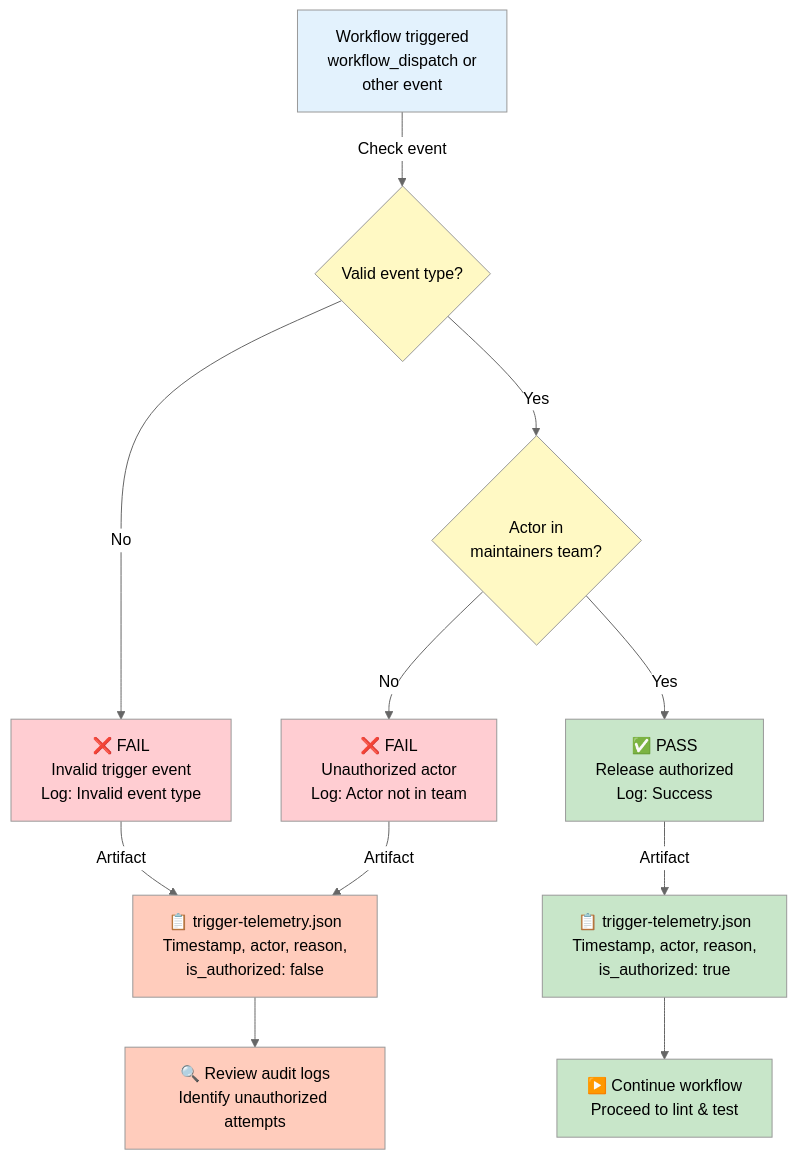
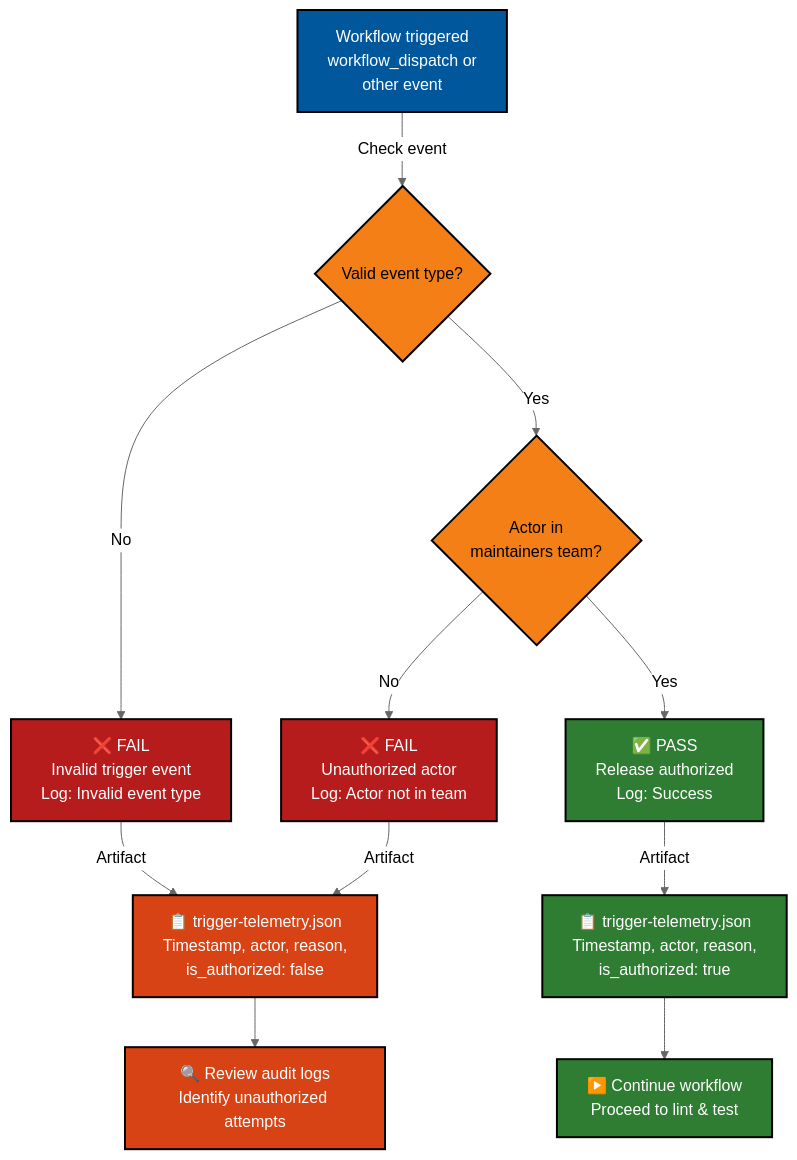
The second of 4 diagrams in docs/RELEASE_PROCESS.md (lightspeedwp/.github), drawn with Mermaid (neutral theme) before and after one commit. The commit also changed other lines of this file, not shown here.

First line of the commit message:
fix: Update all Mermaid diagrams to repo standards

````diff
--- a/docs/RELEASE_PROCESS.md
+++ b/docs/RELEASE_PROCESS.md
@@ -101,26 +103,28 @@
 ```mermaid
-graph TD
+flowchart TD
+    accTitle: Authorization validation flow
+    accDescr: Event type validation, actor team membership check, authorization decision with audit logging
     A["Workflow triggered<br/>workflow_dispatch or<br/>other event"] -->|Check event| B{Valid event type?}
     B -->|No| C["❌ FAIL<br/>Invalid trigger event<br/>Log: Invalid event type"]
     B -->|Yes| D{Actor in<br/>maintainers team?}
     D -->|No| E["❌ FAIL<br/>Unauthorized actor<br/>Log: Actor not in team"]
     D -->|Yes| F["✅ PASS<br/>Release authorized<br/>Log: Success"]
     
     C -->|Artifact| G["📋 trigger-telemetry.json<br/>Timestamp, actor, reason,<br/>is_authorized: false"]
     E -->|Artifact| G
     F -->|Artifact| H["📋 trigger-telemetry.json<br/>Timestamp, actor, reason,<br/>is_authorized: true"]
     
     G --> I["🔍 Review audit logs<br/>Identify unauthorized attempts"]
     H --> J["▶️ Continue workflow<br/>Proceed to lint & test"]
     
-    style A fill:#e3f2fd
-    style B fill:#fff9c4
-    style C fill:#ffcdd2
-    style D fill:#fff9c4
-    style E fill:#ffcdd2
-    style F fill:#c8e6c9
-    style G fill:#ffccbc
-    style H fill:#c8e6c9
-    style I fill:#ffccbc
-    style J fill:#c8e6c9
+    style A fill:#01579b,color:#fff,stroke:#000,stroke-width:2px
+    style B fill:#f57f17,color:#000,stroke:#000,stroke-width:2px
+    style C fill:#b71c1c,color:#fff,stroke:#000,stroke-width:2px
+    style D fill:#f57f17,color:#000,stroke:#000,stroke-width:2px
+    style E fill:#b71c1c,color:#fff,stroke:#000,stroke-width:2px
+    style F fill:#2e7d32,color:#fff,stroke:#000,stroke-width:2px
+    style G fill:#d84315,color:#fff,stroke:#000,stroke-width:2px
+    style H fill:#2e7d32,color:#fff,stroke:#000,stroke-width:2px
+    style I fill:#d84315,color:#fff,stroke:#000,stroke-width:2px
+    style J fill:#2e7d32,color:#fff,stroke:#000,stroke-width:2px
 ```
````
